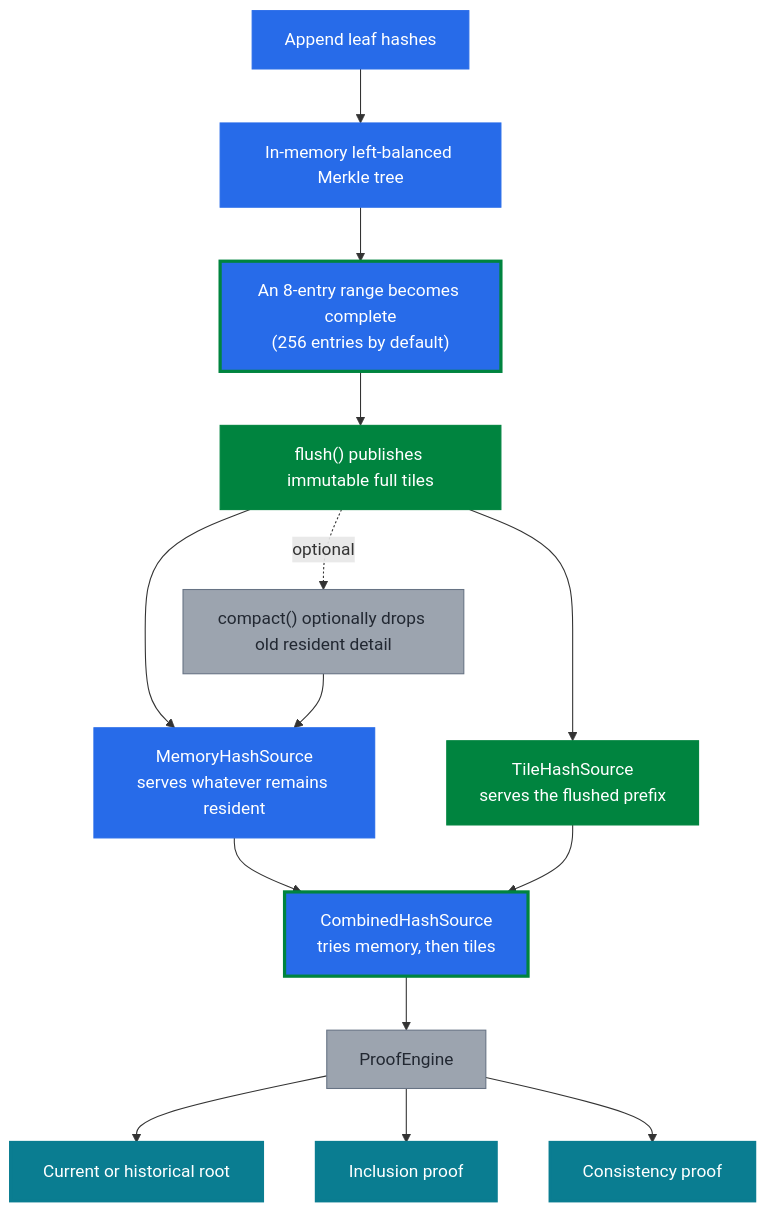
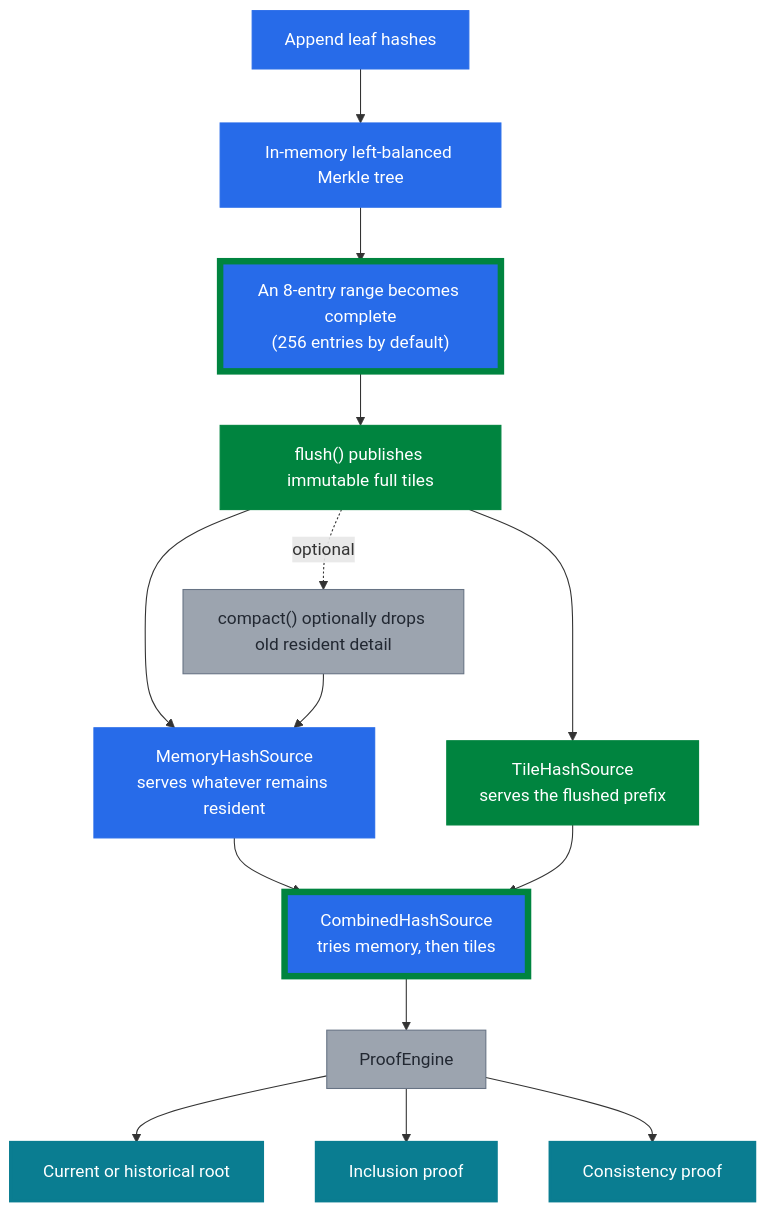
Before and after one commit to microsoft/merklecpp: diagram 20 of 20 in doc/tiles-illustrated.rst, drawn with Mermaid. The commit also changed other lines of this file, not shown here.

First line of the commit message:
Thicken contrasting diagram borders

```diff
--- a/doc/tiles-illustrated.rst
+++ b/doc/tiles-illustrated.rst
@@ -790,36 +790,36 @@
 .. mermaid::
 
    flowchart TB
      A["Append leaf hashes"]:::memory
      B["In-memory left-balanced Merkle tree"]:::memory
      C["An 8-entry range becomes complete<br/>(256 entries by default)"]:::both
      D["flush() publishes immutable full tiles"]:::tile
      E["compact() optionally drops old resident detail"]:::summary
      F["MemoryHashSource<br/>serves whatever remains resident"]:::memory
      G["TileHashSource<br/>serves the flushed prefix"]:::tile
      H["CombinedHashSource<br/>tries memory, then tiles"]:::both
      I["ProofEngine"]:::computed
      J["Current or historical root"]:::result
      K["Inclusion proof"]:::result
      L["Consistency proof"]:::result
 
      A --> B
      B --> C
      C --> D
      D -.->|optional| E
      D --> F
      D --> G
      E --> F
      F --> H
      G --> H
      H --> I
      I --> J
      I --> K
      I --> L
 
      classDef tile fill:#00843f,stroke:#00843f,color:#ffffff
      classDef memory fill:#276be9,stroke:#276be9,color:#ffffff
-     classDef both fill:#276be9,stroke:#00843f,stroke-width:3px,color:#ffffff
+     classDef both fill:#276be9,stroke:#00843f,stroke-width:6px,color:#ffffff
      classDef summary fill:#9ca4af,stroke:#677384,color:#222832
      classDef computed fill:#9ca4af,stroke:#677384,color:#222832
      classDef result fill:#0a7d91,stroke:#0a7d91,stroke-width:3px,color:#ffffff
```
